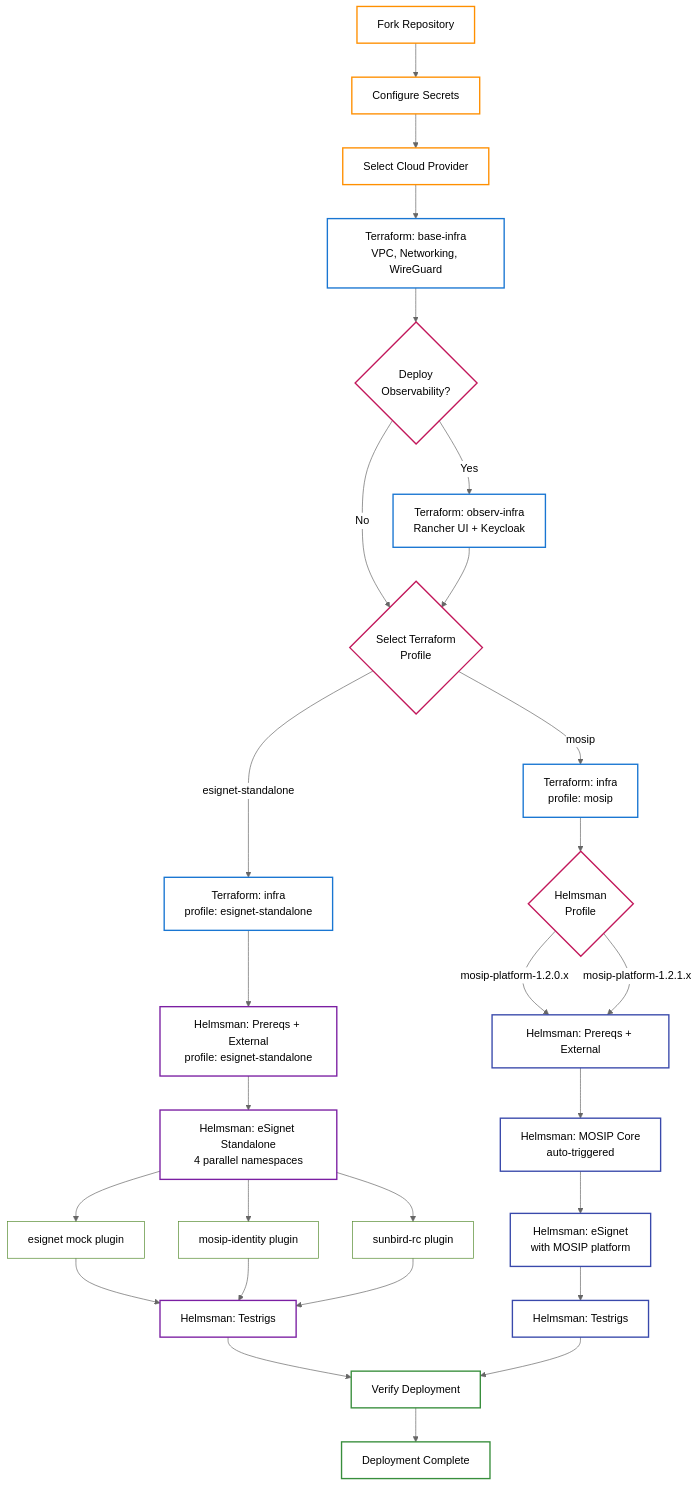
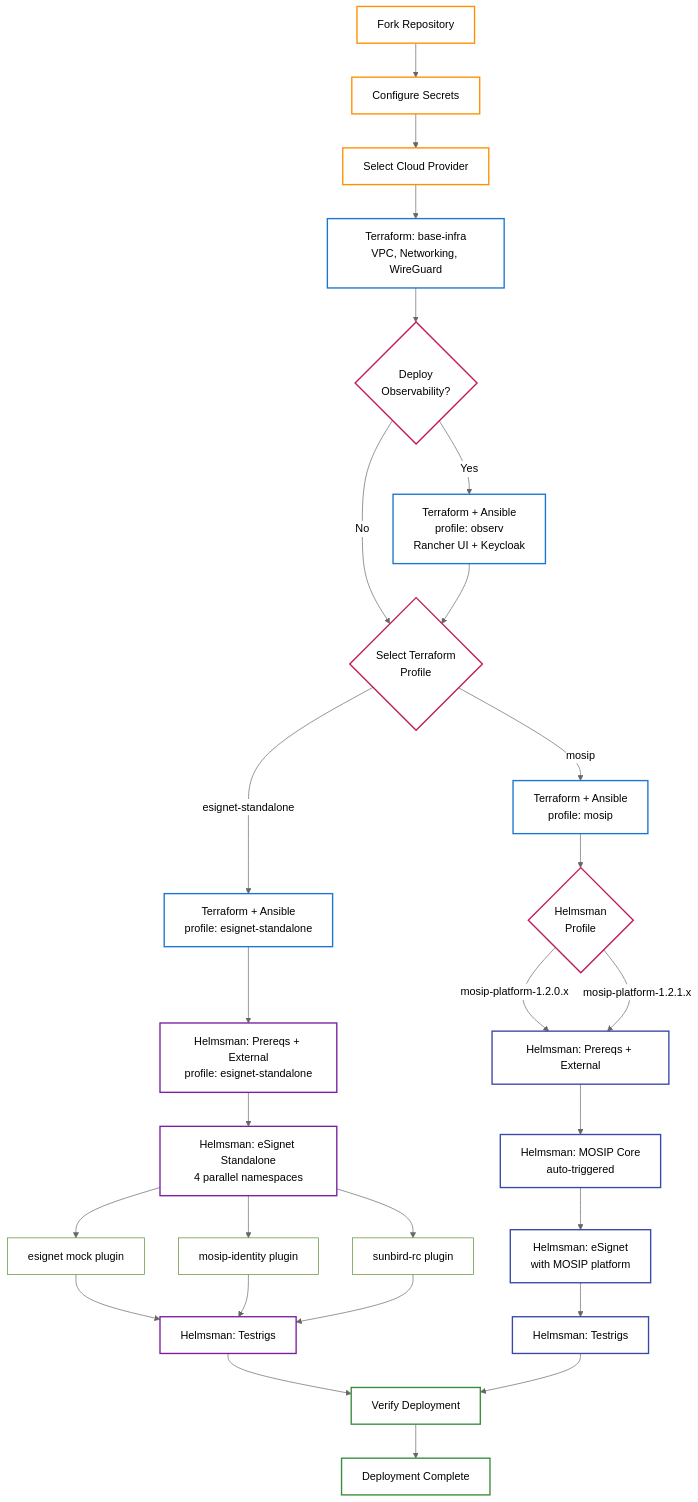
The diagram in README.md (mosip/infra), drawn with Mermaid before and after one commit. The commit also changed other lines of this file and 197 other files, not shown here.

````diff
--- a/README.md
+++ b/README.md
@@ -28,61 +28,61 @@
 ```mermaid
 %%{init: {'theme': 'neutral'}}%%
 graph TB
     %% Prerequisites
     A[Fork Repository] --> B[Configure Secrets]
     B --> C[Select Cloud Provider]
 
     %% Infrastructure Phase
     C --> D[Terraform: base-infra<br/>VPC, Networking, WireGuard]
     D --> OBS{Deploy<br/>Observability?}
-    OBS -->|Yes| F[Terraform: observ-infra<br/>Rancher UI + Keycloak]
+    OBS -->|Yes| F[Terraform + Ansible<br/>profile: observ<br/>Rancher UI + Keycloak]
     OBS -->|No| PS
     F --> PS
 
     %% Terraform Profile Selection
     PS{Select Terraform<br/>Profile}
-    PS -->|esignet-standalone| TF_ES[Terraform: infra<br/>profile: esignet-standalone]
-    PS -->|mosip| TF_MP[Terraform: infra<br/>profile: mosip]
+    PS -->|esignet-standalone| TF_ES[Terraform + Ansible<br/>profile: esignet-standalone]
+    PS -->|mosip| TF_MP[Terraform + Ansible<br/>profile: mosip]
 
     %% ── eSignet Standalone Flow — Helmsman profile: esignet ─────
     TF_ES --> ES_EXT[Helmsman: Prereqs + External<br/>profile: esignet-standalone]
     ES_EXT --> ES_ESIGNET[Helmsman: eSignet Standalone<br/>4 parallel namespaces]
 
     ES_ESIGNET --> NS1[esignet mock plugin]
     ES_ESIGNET --> NS2[mosip-identity plugin]
     ES_ESIGNET --> NS4[sunbird-rc plugin]
 
     NS1 --> ES_TRIGS[Helmsman: Testrigs]
     NS2 --> ES_TRIGS
     NS4 --> ES_TRIGS
 
     %% ── MOSIP Platform Flow — Helmsman profile selection ────────
     TF_MP --> MP_VER{Helmsman<br/>Profile}
     MP_VER -->|mosip-platform-1.2.0.x| MP_EXT[Helmsman: Prereqs + External]
     MP_VER -->|mosip-platform-1.2.1.x| MP_EXT
     MP_EXT --> MP_MOSIP[Helmsman: MOSIP Core<br/>auto-triggered]
     MP_MOSIP --> MP_ESIGNET[Helmsman: eSignet<br/>with MOSIP platform]
     MP_ESIGNET --> MP_TRIGS[Helmsman: Testrigs]
 
     %% Final Verification
     ES_TRIGS --> V[Verify Deployment]
     MP_TRIGS --> V
     V --> DONE[Deployment Complete]
 
     %% Styling — transparent fills for readability in both light and dark themes
     classDef prereq fill:none,stroke:#ff8f00,stroke-width:2px
     classDef terraform fill:none,stroke:#1976d2,stroke-width:2px
     classDef helmsman fill:none,stroke:#7b1fa2,stroke-width:2px
     classDef mosip fill:none,stroke:#3949ab,stroke-width:2px
     classDef ns fill:none,stroke:#558b2f,stroke-width:1px
     classDef success fill:none,stroke:#388e3c,stroke-width:2px
     classDef decision fill:none,stroke:#c2185b,stroke-width:2px
 
     class A,B,C prereq
     class D,F,TF_ES,TF_MP terraform
     class ES_EXT,ES_ESIGNET,ES_TRIGS helmsman
     class MP_EXT,MP_MOSIP,MP_ESIGNET,MP_TRIGS mosip
     class NS1,NS2,NS3,NS4 ns
     class V,DONE success
     class OBS,PS,MP_VER decision
 ```
````
